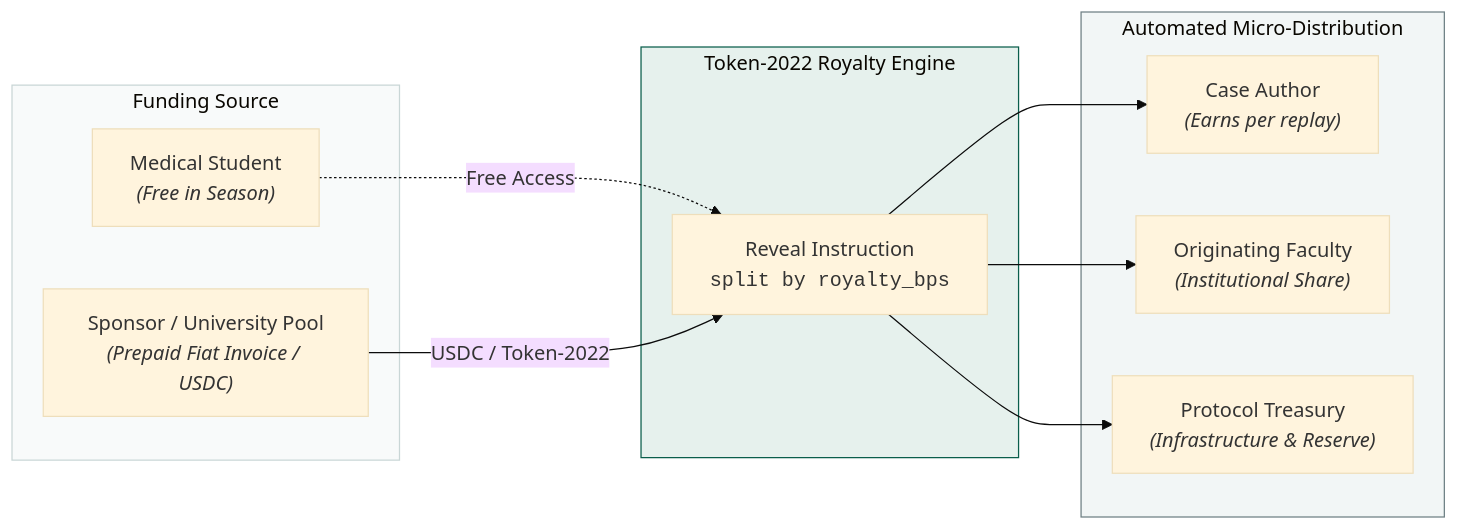
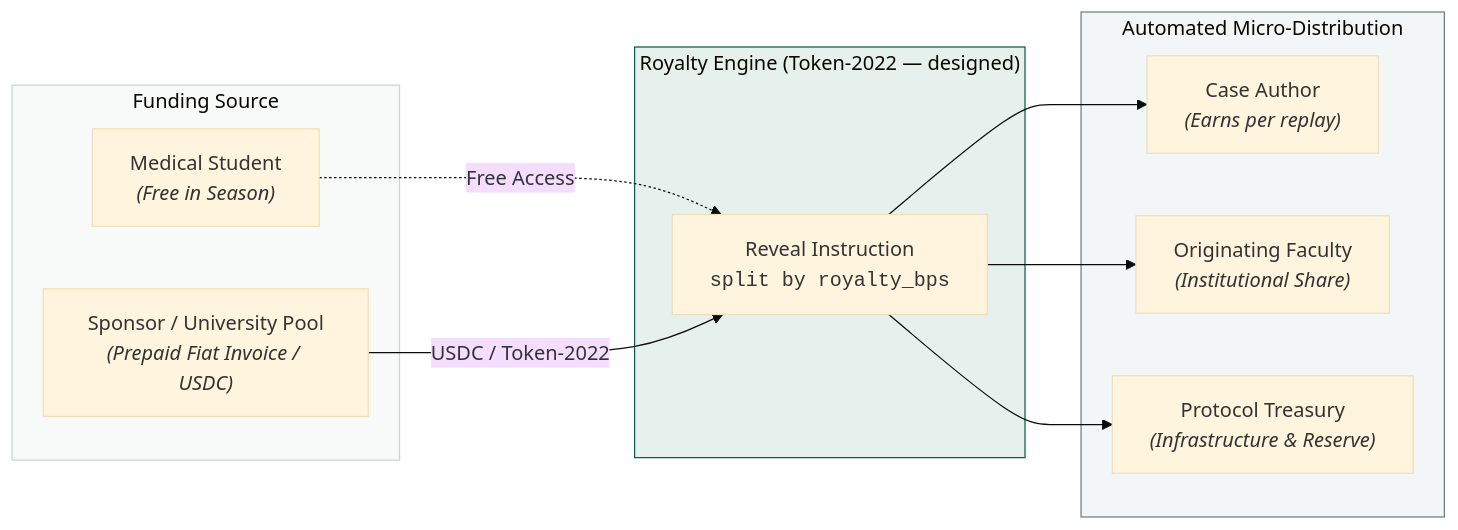
Before and after one commit to MegaWiz-Dev-Team/vitals: the fifth of 5 diagrams in docs/ARCHITECTURE.md, drawn with Mermaid (base theme). The commit also changed other lines of this file and 3 other files, not shown here.

````diff
--- a/docs/ARCHITECTURE.md
+++ b/docs/ARCHITECTURE.md
@@ -153,27 +207,27 @@
 ```mermaid
 flowchart LR
     subgraph Payer ["Funding Source"]
         Student["Medical Student<br/><i>(Free in Season)</i>"]
         Sponsor["Sponsor / University Pool<br/><i>(Prepaid Fiat Invoice / USDC)</i>"]
     end
 
-    subgraph Splitter ["Token-2022 Royalty Engine"]
+    subgraph Splitter ["Royalty Engine (Token-2022 — designed)"]
         RevealIx["Reveal Instruction<br/><code>split by royalty_bps</code>"]
     end
 
     subgraph Beneficiaries ["Automated Micro-Distribution"]
         Author["Case Author<br/><i>(Earns per replay)</i>"]
         School["Originating Faculty<br/><i>(Institutional Share)</i>"]
         Protocol["Protocol Treasury<br/><i>(Infrastructure & Reserve)</i>"]
     end
 
     Student -.->|Free Access| RevealIx
     Sponsor -->|USDC / Token-2022| RevealIx
     RevealIx --> Author
     RevealIx --> School
     RevealIx --> Protocol
 
     style Payer fill:#F8FAFA,stroke:#C9D6D6
     style Splitter fill:#E6F1ED,stroke:#0A5E4B
     style Beneficiaries fill:#F2F6F6,stroke:#6E8084
 ```
````
